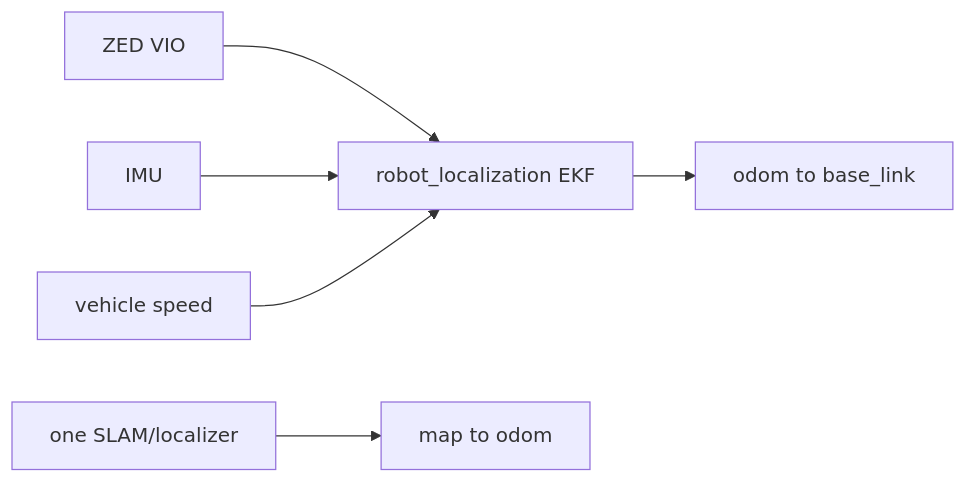
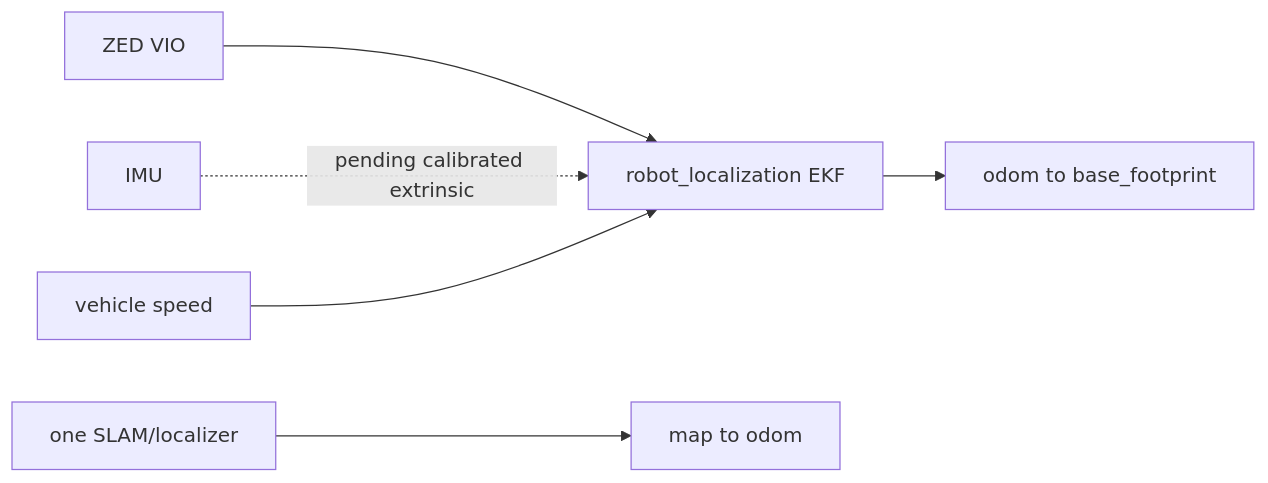
Before and after one commit to Project-LAKSA/Project_LAKSA: the second of 7 diagrams in firmware/esp32-s3/NAVIGATION_V2_ARCHITECTURE.md, drawn with Mermaid. The commit also changed other lines of this file and 2 other files, not shown here.

Commit message:
docs(v2): record G2 state-estimation architecture

````diff
--- a/firmware/esp32-s3/NAVIGATION_V2_ARCHITECTURE.md
+++ b/firmware/esp32-s3/NAVIGATION_V2_ARCHITECTURE.md
@@ -36,8 +36,8 @@
 ```mermaid
 flowchart LR
   ZED[ZED VIO] --> EKF[robot_localization EKF]
-  IMU --> EKF
+  IMU -. pending calibrated extrinsic .-> EKF
   Speed[vehicle speed] --> EKF
-  EKF --> Odom[odom to base_link]
+  EKF --> Odom[odom to base_footprint]
   SLAM[one SLAM/localizer] --> Map[map to odom]
 ```
````
